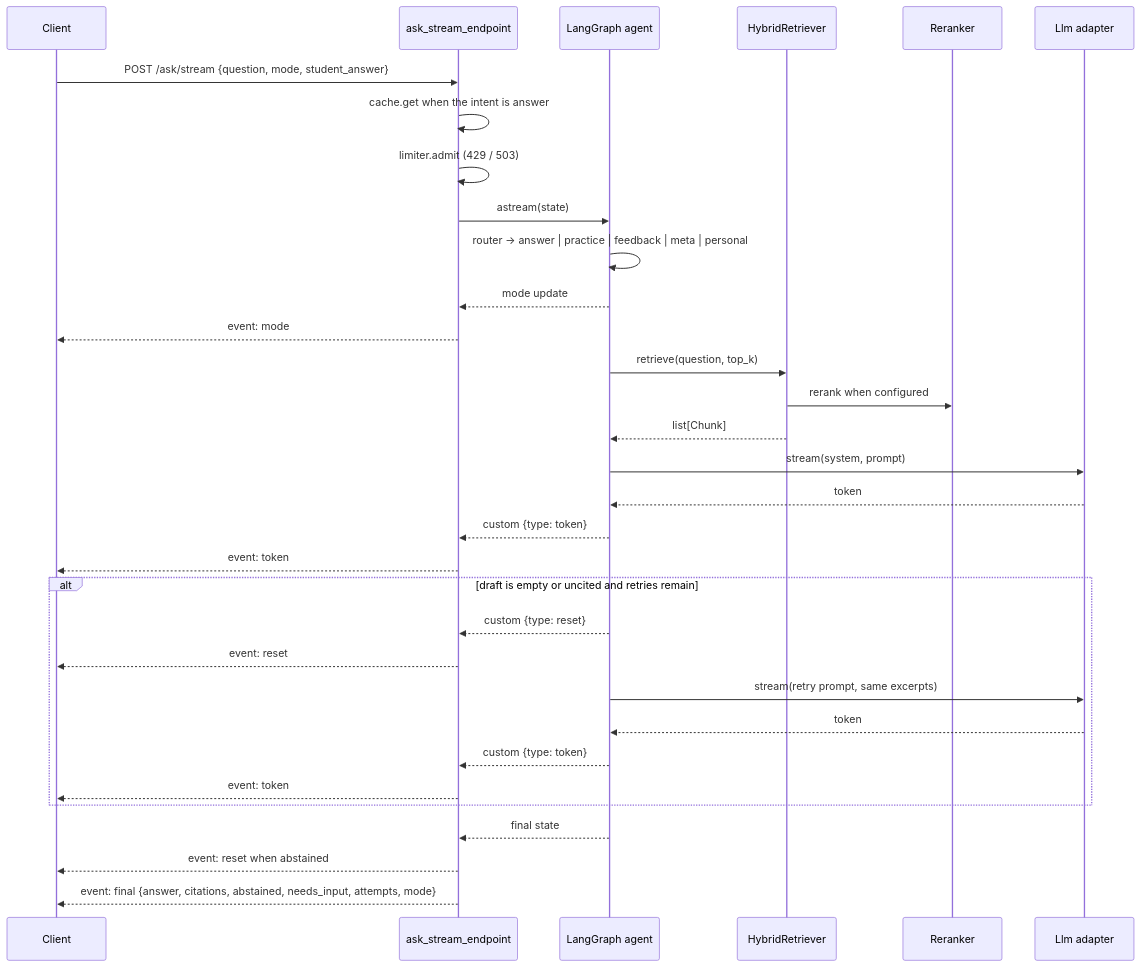
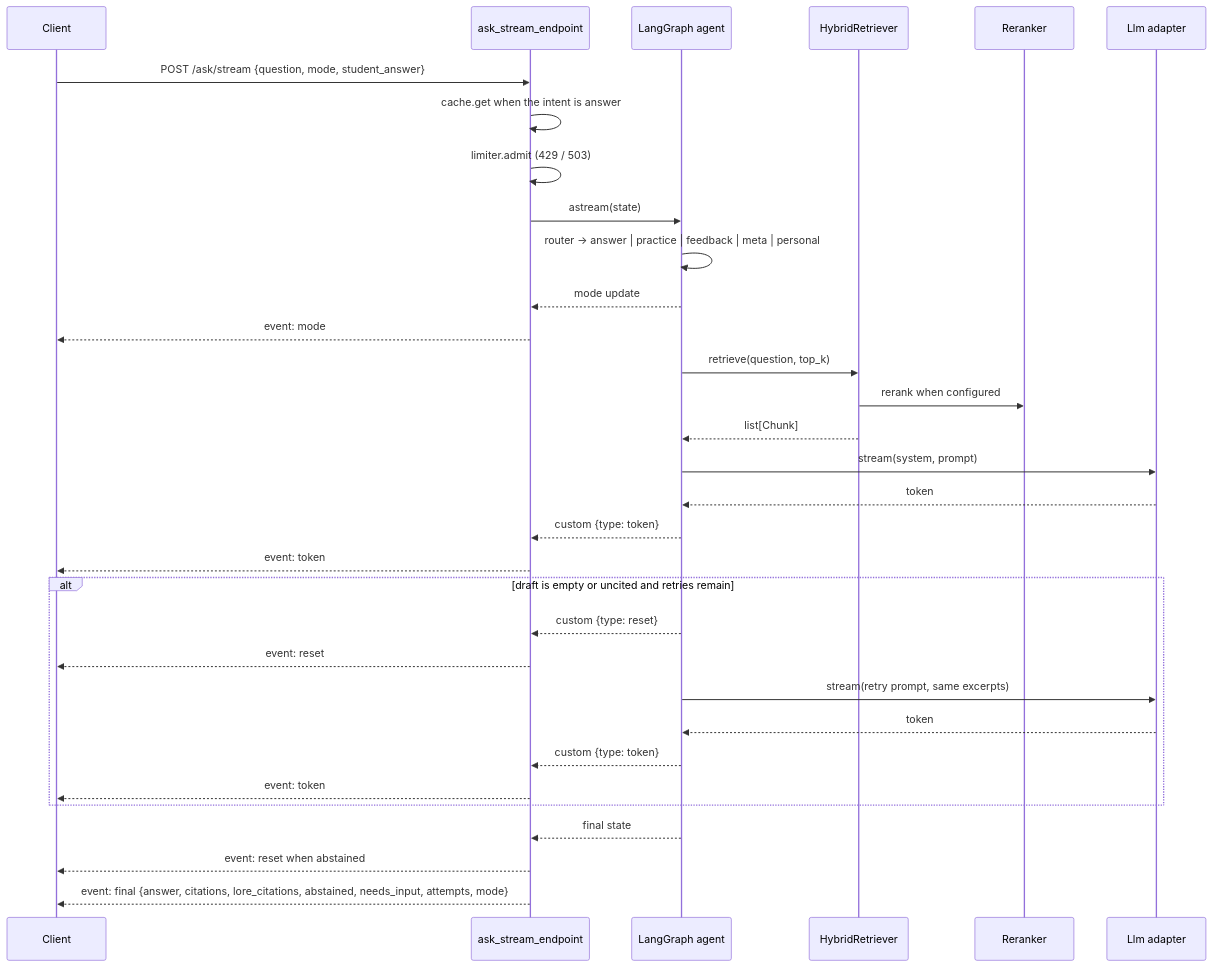
The fifth of 6 diagrams in docs/architecture.md (monitus2022/owl-online), drawn with Mermaid before and after one commit. The commit also changed other lines of this file and 16 other files, not shown here.

````diff
--- a/docs/architecture.md
+++ b/docs/architecture.md
@@ -305,35 +309,35 @@
 ```mermaid
 sequenceDiagram
   participant C as Client
   participant API as ask_stream_endpoint
   participant G as LangGraph agent
   participant R as HybridRetriever
   participant RR as Reranker
   participant LLM as Llm adapter
 
   C->>API: POST /ask/stream {question, mode, student_answer}
   API->>API: cache.get when the intent is answer
   API->>API: limiter.admit (429 / 503)
   API->>G: astream(state)
   G->>G: router -> answer | practice | feedback | meta | personal
   G-->>API: mode update
   API-->>C: event: mode
   G->>R: retrieve(question, top_k)
   R->>RR: rerank when configured
   R-->>G: list[Chunk]
   G->>LLM: stream(system, prompt)
   LLM-->>G: token
   G-->>API: custom {type: token}
   API-->>C: event: token
   alt draft is empty or uncited and retries remain
     G-->>API: custom {type: reset}
     API-->>C: event: reset
     G->>LLM: stream(retry prompt, same excerpts)
     LLM-->>G: token
     G-->>API: custom {type: token}
     API-->>C: event: token
   end
   G-->>API: final state
   API-->>C: event: reset when abstained
-  API-->>C: event: final {answer, citations, abstained, needs_input, attempts, mode}
+  API-->>C: event: final {answer, citations, lore_citations, abstained, needs_input, attempts, mode}
 ```
````
